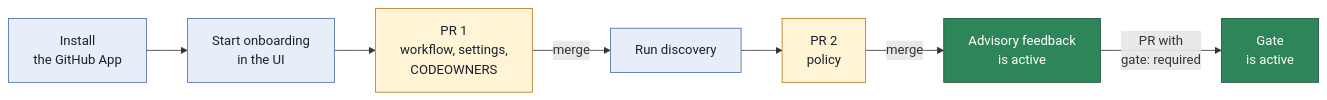
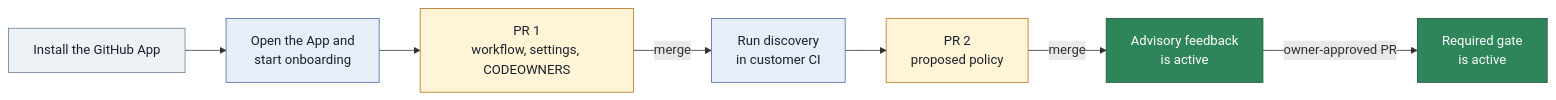
Before and after one commit to coupling-dev/archfit-app: the diagram in docs/user-guide.md, drawn with Mermaid. The commit also changed other lines of this file and 12 other files, not shown here.

````diff
--- a/docs/user-guide.md
+++ b/docs/user-guide.md
@@ -51,17 +47,19 @@
 ```mermaid
 flowchart LR
-    S1["Install<br/>the GitHub App"] --> S2["Start onboarding<br/>in the UI"]
-    S2 --> PR1["PR 1<br/>workflow, settings,<br/>CODEOWNERS"]
-    PR1 -- "merge" --> S3["Run discovery"]
-    S3 --> PR2["PR 2<br/>policy"]
-    PR2 -- "merge" --> S4["Advisory feedback<br/>is active"]
-    S4 -- "PR with<br/>gate: required" --> S5["Gate<br/>is active"]
+    INSTALL["Install the GitHub App"] --> START["Open the App and<br/>start onboarding"]
+    START --> PR1["PR 1<br/>workflow, settings, CODEOWNERS"]
+    PR1 -->|"merge"| DISCOVER["Run discovery<br/>in customer CI"]
+    DISCOVER --> PR2["PR 2<br/>proposed policy"]
+    PR2 -->|"merge"| ADVISORY["Advisory feedback<br/>is active"]
+    ADVISORY -->|"owner-approved PR"| REQUIRED["Required gate<br/>is active"]
 
-    classDef step fill:#e8eef7,stroke:#4a6fa5,color:#1a202c
-    classDef pr fill:#fff4d6,stroke:#b7791f,color:#1a202c
-    classDef done fill:#2f855a,stroke:#22543d,color:#ffffff
+    classDef core fill:#2f855a,stroke:#22543d,color:#ffffff
+    classDef control fill:#e8eef7,stroke:#4a6fa5,color:#1a202c
+    classDef nottrusted fill:#fff4d6,stroke:#b7791f,color:#1a202c
+    classDef neutral fill:#edf2f7,stroke:#718096,color:#1a202c
 
-    class S1,S2,S3 step
-    class PR1,PR2 pr
-    class S4,S5 done
+    class ADVISORY,REQUIRED core
+    class START,DISCOVER control
+    class PR1,PR2 nottrusted
+    class INSTALL neutral
 ```
````
